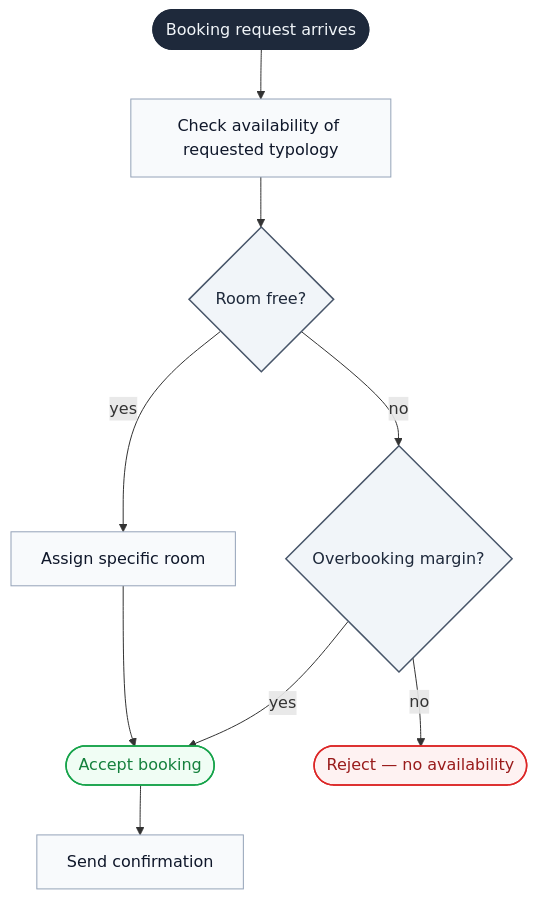
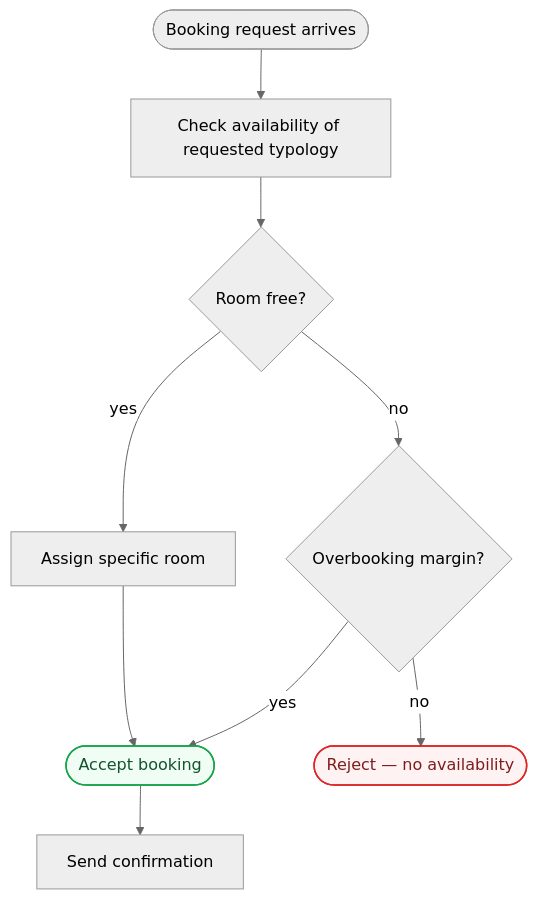
The fifth of 8 diagrams in skills/utils-skills/mermaid-diagrams/references/diagrams.md (Hotusa-Data/ehc-agent-harness), drawn with Mermaid before and after one commit. The commit also changed other lines of this file and 15 other files, not shown here.

Commit message:
improve mermaid diagrams

````diff
--- a/skills/utils-skills/mermaid-diagrams/references/diagrams.md
+++ b/skills/utils-skills/mermaid-diagrams/references/diagrams.md
@@ -151,32 +168,30 @@
 ```mermaid
+---
+config:
+  theme: neutral
+---
 flowchart TD
     accTitle: Booking Acceptance Flow
     accDescr: Process the system follows when a booking request arrives, from availability check to confirmation or rejection, including overbooking decision if the typology is apparently full.
 
     start_node(["Booking request arrives"])
     check["Check availability of requested typology"]
     available{"Room free?"}
     ob_margin{"Overbooking margin?"}
     accept(["Accept booking"])
     reject(["Reject — no availability"])
     assign["Assign specific room"]
     confirm["Send confirmation"]
 
     start_node --> check --> available
     available -->|yes| assign --> accept --> confirm
     available -->|no| ob_margin
     ob_margin -->|yes| accept
     ob_margin -->|no| reject
 
-    classDef start_end fill:#1e293b,stroke:#1e293b,stroke-width:2px,color:#f1f5f9
-    classDef action    fill:#f8fafc,stroke:#94a3b8,stroke-width:1px,color:#0f172a
-    classDef decision  fill:#f1f5f9,stroke:#475569,stroke-width:1.5px,color:#1e293b
-    classDef ok        fill:#f0fdf4,stroke:#16a34a,stroke-width:1.5px,color:#15803d
-    classDef ko        fill:#fef2f2,stroke:#dc2626,stroke-width:1.5px,color:#991b1b
+    classDef ok fill:#f0fdf4,stroke:#16a34a,stroke-width:1.5px,color:#14532d
+    classDef ko fill:#fef2f2,stroke:#dc2626,stroke-width:1.5px,color:#7f1d1d
 
-    class start_node start_end
-    class check,assign,confirm action
-    class available,ob_margin decision
     class accept ok
     class reject ko
 ```
````
